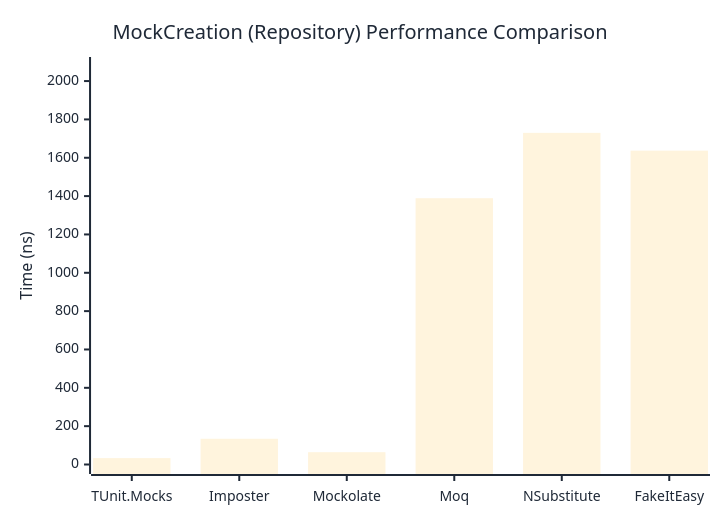
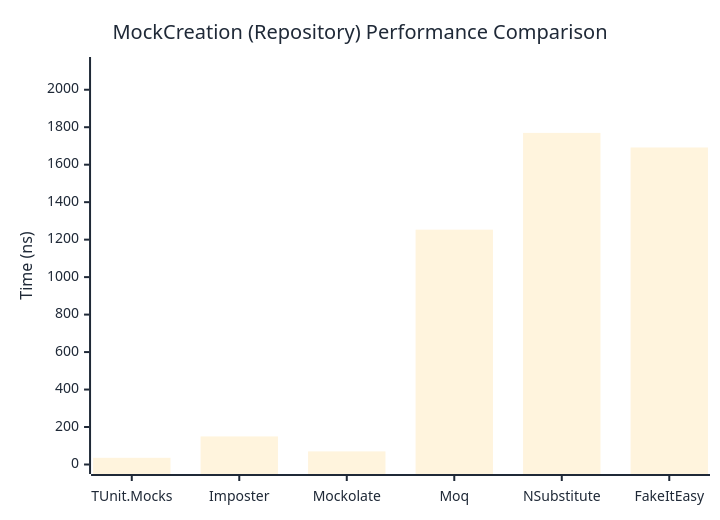
The second of 2 diagrams in docs/docs/benchmarks/mocks/MockCreation.md (thomhurst/TUnit), drawn with Mermaid before and after one commit. The commit also changed other lines of this file and 14 other files, not shown here.

````diff
--- a/docs/docs/benchmarks/mocks/MockCreation.md
+++ b/docs/docs/benchmarks/mocks/MockCreation.md
@@ -69,27 +69,27 @@
 ```mermaid
 %%{init: {
   'theme':'base',
   'themeVariables': {
     'primaryColor': '#2563eb',
     'primaryTextColor': '#1f2937',
     'primaryBorderColor': '#1e40af',
     'lineColor': '#6b7280',
     'secondaryColor': '#7c3aed',
     'tertiaryColor': '#dc2626',
     'background': '#ffffff',
     'pie1': '#2563eb',
     'pie2': '#7c3aed',
     'pie3': '#dc2626',
     'pie4': '#f59e0b',
     'pie5': '#10b981',
     'pie6': '#06b6d4',
     'pie7': '#ec4899',
     'pie8': '#6366f1'
   }
 }}%%
 xychart-beta
   title "MockCreation (Repository) Performance Comparison"
   x-axis ["TUnit.Mocks", "Imposter", "Mockolate", "Moq", "NSubstitute", "FakeItEasy"]
-  y-axis "Time (ns)" 0 --> 2076
-  bar [33.35, 134.23, 64.16, 1389, 1729.86, 1637.1]
+  y-axis "Time (ns)" 0 --> 2124
+  bar [35.74, 149.85, 69.98, 1253.25, 1769.68, 1691.85]
 ```
````
